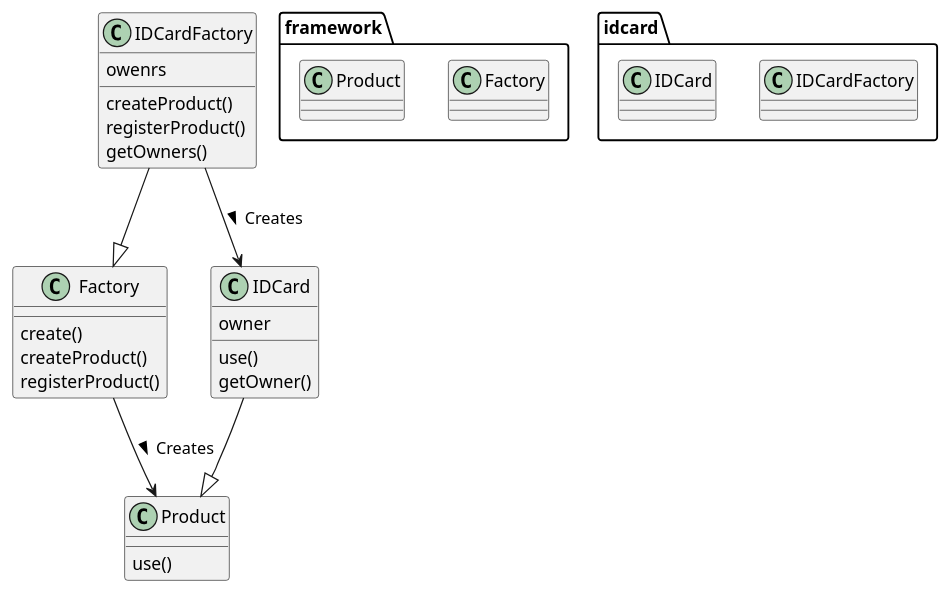
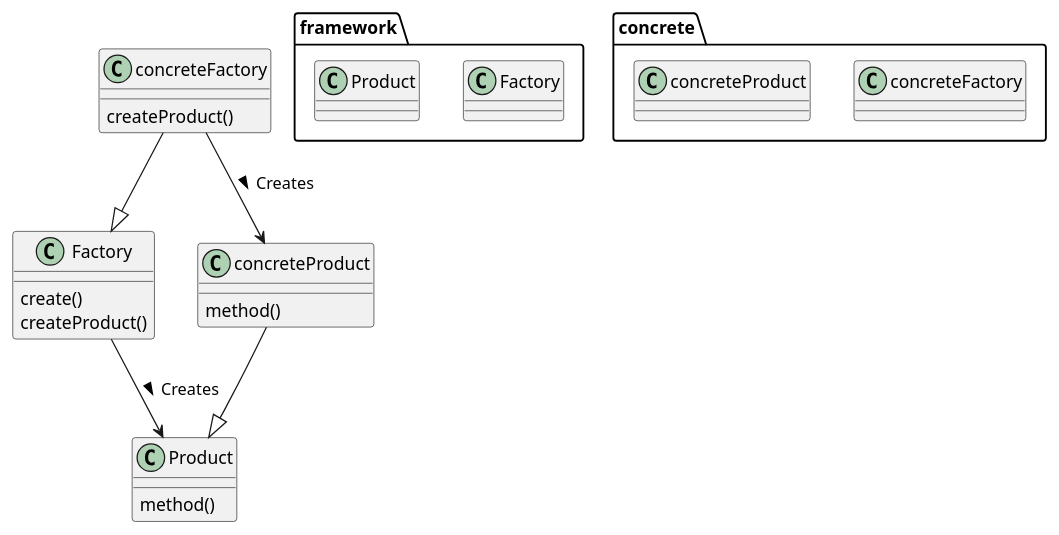
The diagram in docs/public/design-pattern/factory.pu (tkhrk1010/uml), drawn with PlantUML before and after one commit.

Commit message:
add factory pattern

```diff
--- a/docs/public/design-pattern/factory.pu
+++ b/docs/public/design-pattern/factory.pu
@@ -1,44 +1,38 @@
 @startuml
 
 package framework {
   class Factory
   class Product
 }
 
-package idcard {
-  class IDCardFactory
-  class IDCard
+package concrete {
+  class concreteFactory
+  class concreteProduct
 }
 
 class Factory {
   create()
   createProduct()
-  registerProduct()
 }
 
 class Product {
-  use()
+  method()
 }
 
-class IDCardFactory {
-  owenrs
+class concreteFactory {
   createProduct()
-  registerProduct()
-  getOwners()
 }
 
-class IDCard {
-  owner
-  use()
-  getOwner()
+class concreteProduct {
+  method()
 }
 
 
 Factory --> Product : Creates >
-IDCardFactory --|> Factory
-IDCardFactory --> IDCard : Creates >
-IDCard --|> Product
+concreteFactory --> concreteProduct : Creates >
+concreteFactory --|> Factory
+concreteProduct --|> Product
 
 
 
 @enduml
```
